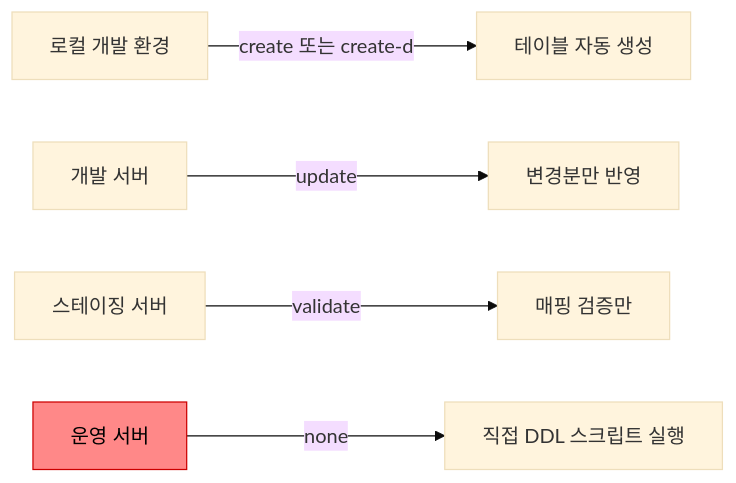
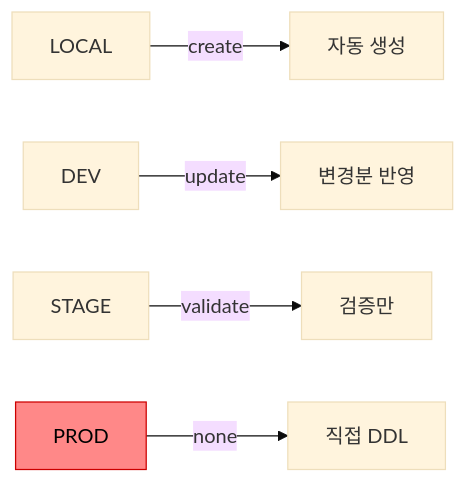
The first of 2 diagrams in _posts/jpa/2021-10-30-엔티티 매핑.md (yjkim2015/yjkim2015.github.io), drawn with Mermaid (base theme) before and after one commit. The commit also changed 163 other files, not shown here.

First line of the commit message:
Mermaid 300개 블록 내용 축소: 5노드 5엣지 이하, 의미 있는 약어

````diff
--- a/_posts/jpa/2021-10-30-엔티티 매핑.md
+++ b/_posts/jpa/2021-10-30-엔티티 매핑.md
@@ -77,12 +77,8 @@
 ```mermaid
 graph LR
-    LOCAL["로컬 개발 환경"]
-    DEV["개발 서버"]
-    STAGE["스테이징 서버"]
-    PROD["운영 서버"]
-    LOCAL -->|"create 또는 create-d"| LC["테이블 자동 생성"]
-    DEV -->|"update"| DC["변경분만 반영"]
-    STAGE -->|"validate"| SC["매핑 검증만"]
-    PROD -->|"none"| PC["직접 DDL 스크립트 실행"]
+    LOCAL -->|create| LC["자동 생성"]
+    DEV -->|update| DC["변경분 반영"]
+    STAGE -->|validate| SC["검증만"]
+    PROD -->|none| PC["직접 DDL"]
     style PROD fill:#f88,stroke:#c00,color:#000
 ```
````
